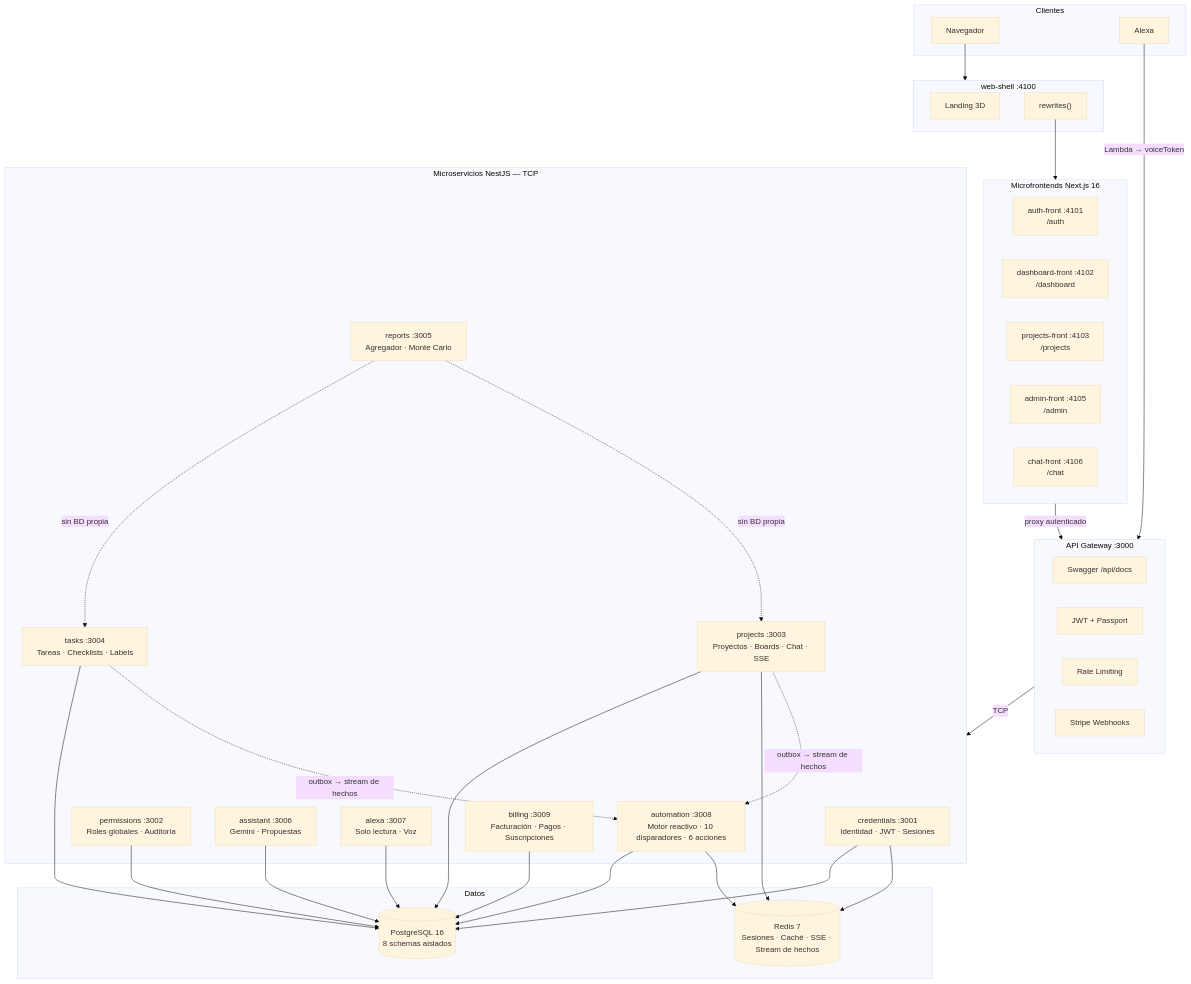
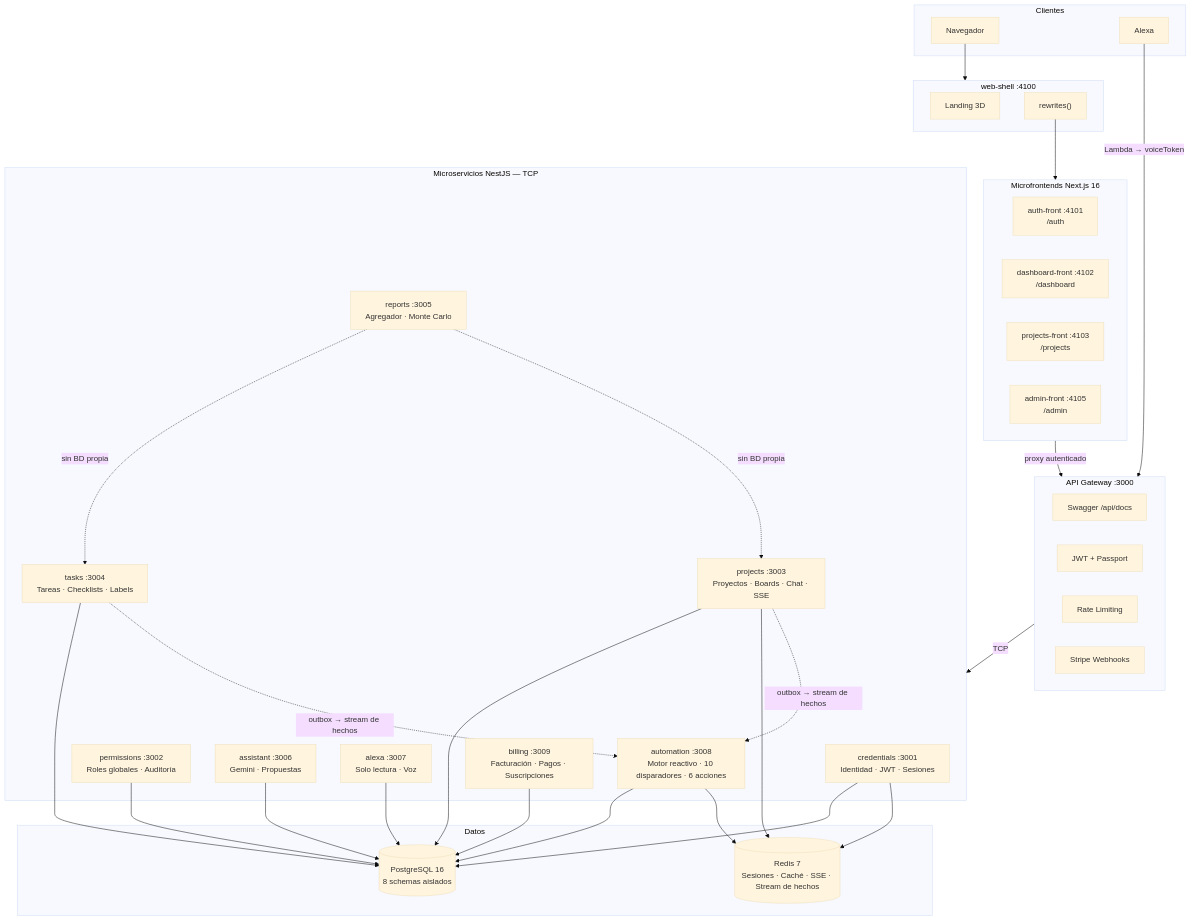
Before and after one commit to Ander-tsx/PRAXIS: the diagram in README.md, drawn with Mermaid (base theme). The commit also changed other lines of this file and 37 other files, not shown here.

````diff
--- a/README.md
+++ b/README.md
@@ -62,54 +62,53 @@
 ```mermaid
 flowchart TB
     subgraph Clientes
         Browser["Navegador"]
         AlexaDevice["Alexa"]
     end
 
     subgraph shell["web-shell :4100"]
         Landing["Landing 3D"]
         Rewrites["rewrites()"]
     end
 
     subgraph zones["Microfrontends Next.js 16"]
         Auth["auth-front :4101\n/auth"]
         Dash["dashboard-front :4102\n/dashboard"]
         Proj["projects-front :4103\n/projects"]
         Adm["admin-front :4105\n/admin"]
-        Chat["chat-front :4106\n/chat"]
     end
 
     subgraph gw["API Gateway :3000"]
         Swagger["Swagger /api/docs"]
         JWT["JWT + Passport"]
         Throttle["Rate Limiting"]
         StripeWH["Stripe Webhooks"]
     end
 
     subgraph services["Microservicios NestJS — TCP"]
         Cred["credentials :3001\nIdentidad · JWT · Sesiones"]
         Perm["permissions :3002\nRoles globales · Auditoría"]
         ProjS["projects :3003\nProyectos · Boards · Chat · SSE"]
         Task["tasks :3004\nTareas · Checklists · Labels"]
         RepS["reports :3005\nAgregador · Monte Carlo"]
         Asst["assistant :3006\nGemini · Propuestas"]
         Alex["alexa :3007\nSolo lectura · Voz"]
         Automation["automation :3008\nMotor reactivo · 10 disparadores · 6 acciones"]
         Bill["billing :3009\nFacturación · Pagos · Suscripciones"]
     end
 
     subgraph data["Datos"]
         PG[("PostgreSQL 16\n8 schemas aislados")]
         Redis[("Redis 7\nSesiones · Caché · SSE · Stream de hechos")]
     end
 
     Browser --> shell
     Rewrites --> zones
     zones -->|proxy autenticado| gw
     AlexaDevice -->|Lambda → voiceToken| gw
     gw -->|TCP| services
     Cred & Perm & ProjS & Task & Alex & Asst & Automation & Bill --> PG
     RepS -.->|"sin BD propia"| Task & ProjS
     Cred & ProjS & Automation --> Redis
     Task & ProjS -.->|"outbox → stream de hechos"| Automation
 ```
````
